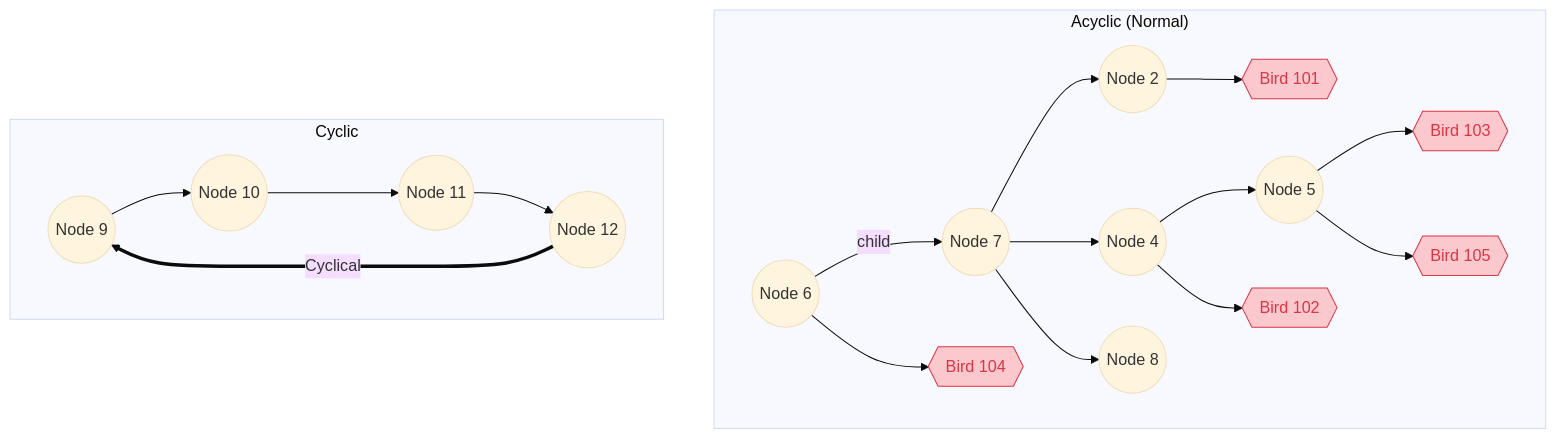
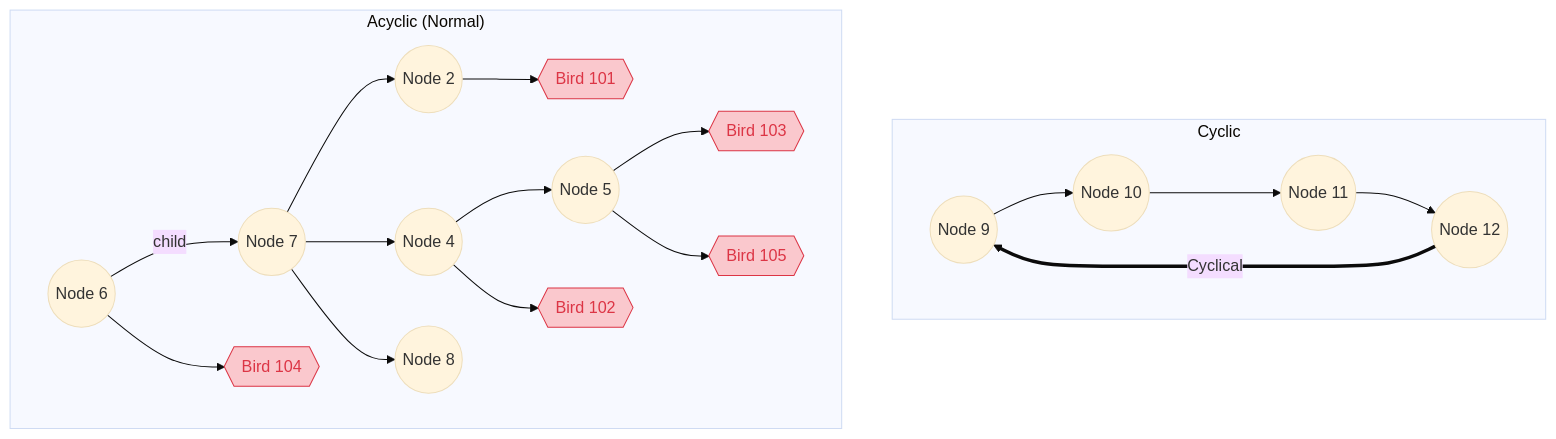
One commit to mst209/birds changed the diagram in README.md. Above: the diagram before and after it, drawn with Mermaid. The commit also changed other lines of this file, not shown here.

````diff
--- a/README.md
+++ b/README.md
@@ -69,30 +69,30 @@
 ```mermaid
 ---
 config:
   layout: dagre
   look: classic
   theme: base
 ---
 flowchart TD
     classDef err color:#dc3545,stroke:#dc3545,fill:#fac8cd;
     classDef ok color:#35dc89,stroke:#35dc89,fill:#e8ffed;
+    subgraph Cyclic
+    G((Node 9)) --> H((Node 10))
+    H((Node 10)) --> I((Node 11))
+    I((Node 11)) --> J((Node 12))
+    J((Node 12)) == Cyclical ==> G((Node 9))
+    end
     subgraph "Acyclic (Normal)"
     A((Node 6)) -- child --> B((Node 7))
     B((Node 7)) --> C((Node 2))
     B((Node 7)) --> D((Node 4))
     B((Node 7)) --> E((Node 8))
     D((Node 4)) --> F((Node 5))
     
     C((Node 2)) --> Z{{Bird 101}}:::err
     D((Node 4)) --> Y{{Bird 102}}:::err
     F((Node 5)) --> X{{Bird 103}}:::err
     A((Node 6)) --> W{{Bird 104}}:::err
     F((Node 5)) --> V{{Bird 105}}:::err
     end
-    subgraph Cyclic
-    G((Node 9)) --> H((Node 10))
-    H((Node 10)) --> I((Node 11))
-    I((Node 11)) --> J((Node 12))
-    J((Node 12)) == Cyclical ==> G((Node 9))
-    end
 ```
````
